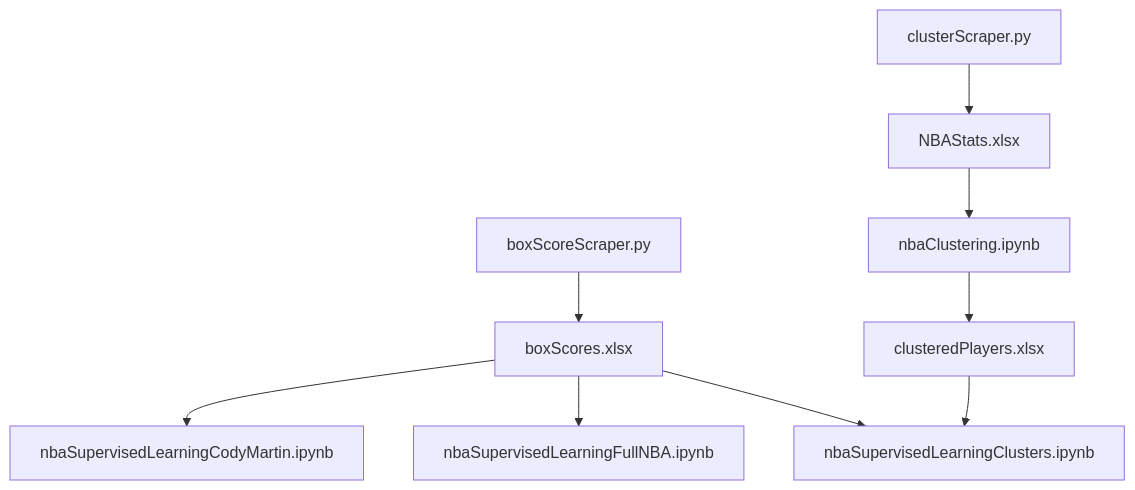
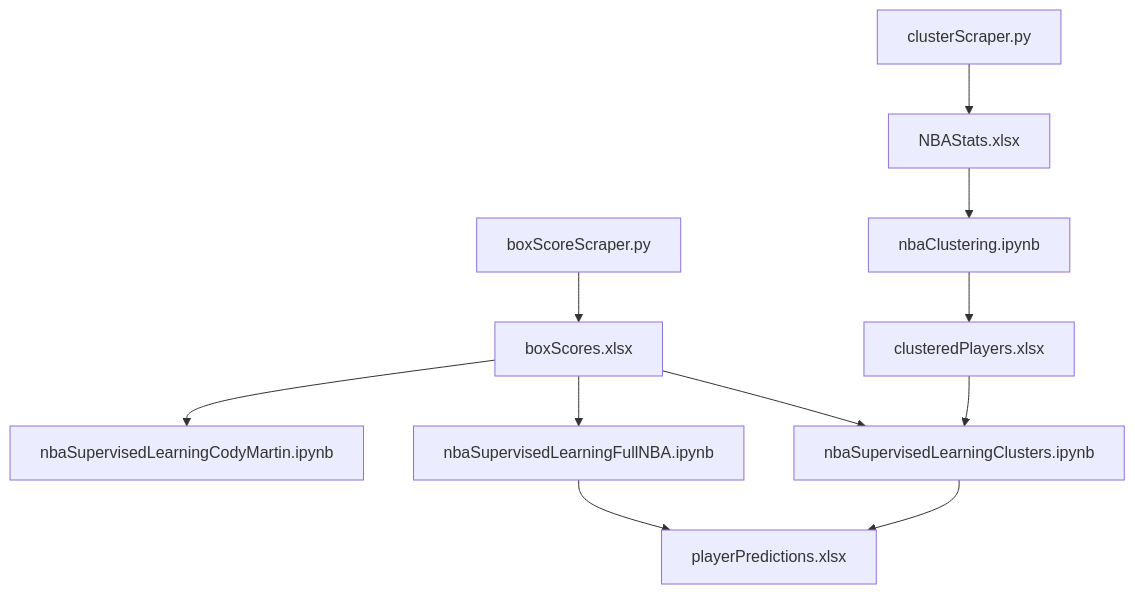
Before and after one commit to ibracken/NBA_Machine_Learning: the diagram in README.md, drawn with Mermaid. The commit also changed other lines of this file and 9 other files, not shown here.

````diff
--- a/README.md
+++ b/README.md
@@ -64,11 +62,14 @@
 ```mermaid
 graph TD;
     clusterScraper.py-->NBAStats.xlsx;
     boxScoreScraper.py-->boxScores.xlsx;
     NBAStats.xlsx-->nbaClustering.ipynb;
     nbaClustering.ipynb-->clusteredPlayers.xlsx;
     boxScores.xlsx-->nbaSupervisedLearningCodyMartin.ipynb;
     boxScores.xlsx-->nbaSupervisedLearningFullNBA.ipynb;
     boxScores.xlsx-->nbaSupervisedLearningClusters.ipynb;
     clusteredPlayers.xlsx-->nbaSupervisedLearningClusters.ipynb;
+    nbaSupervisedLearningClusters.ipynb-->playerPredictions.xlsx;
+    nbaSupervisedLearningFullNBA.ipynb-->playerPredictions.xlsx;
+
 ```
````
